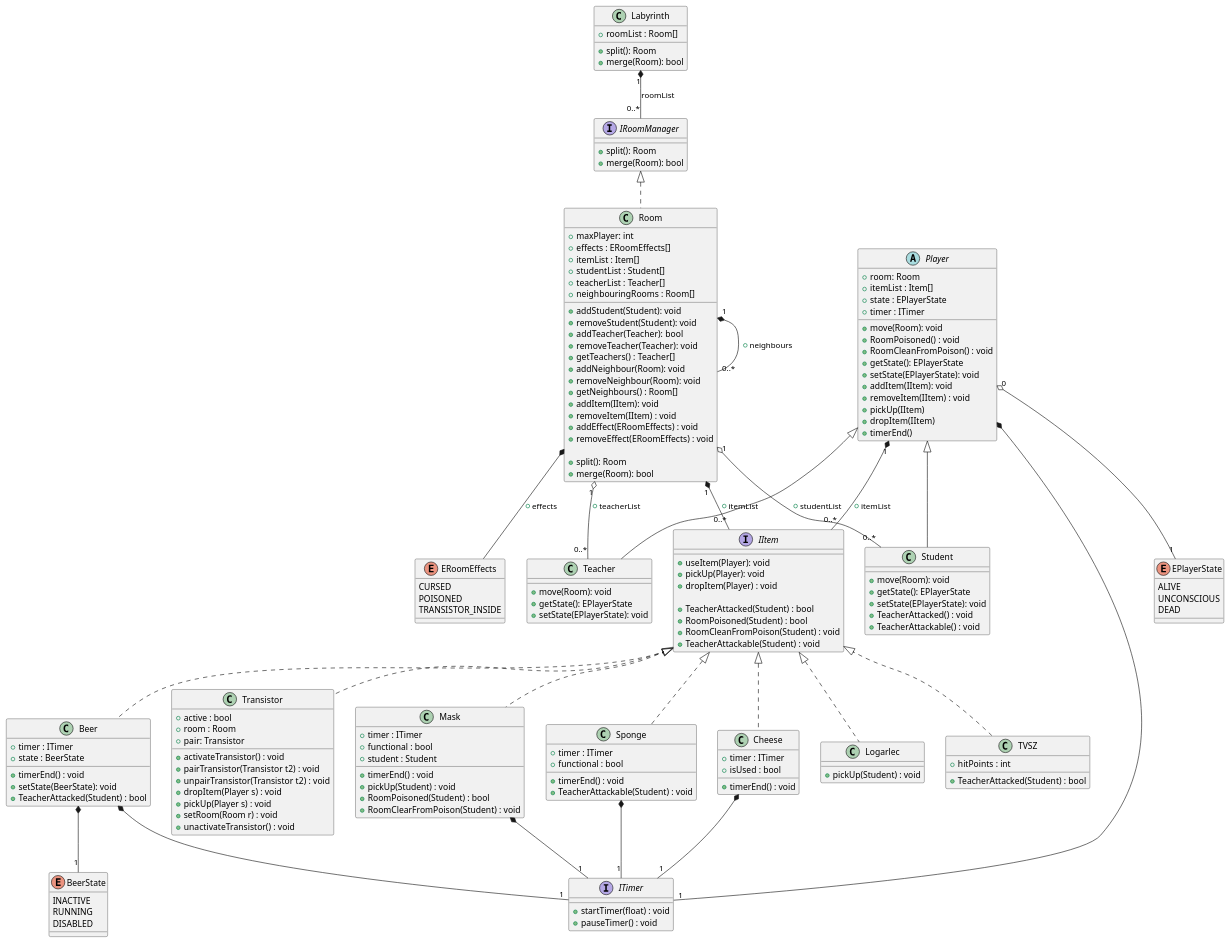
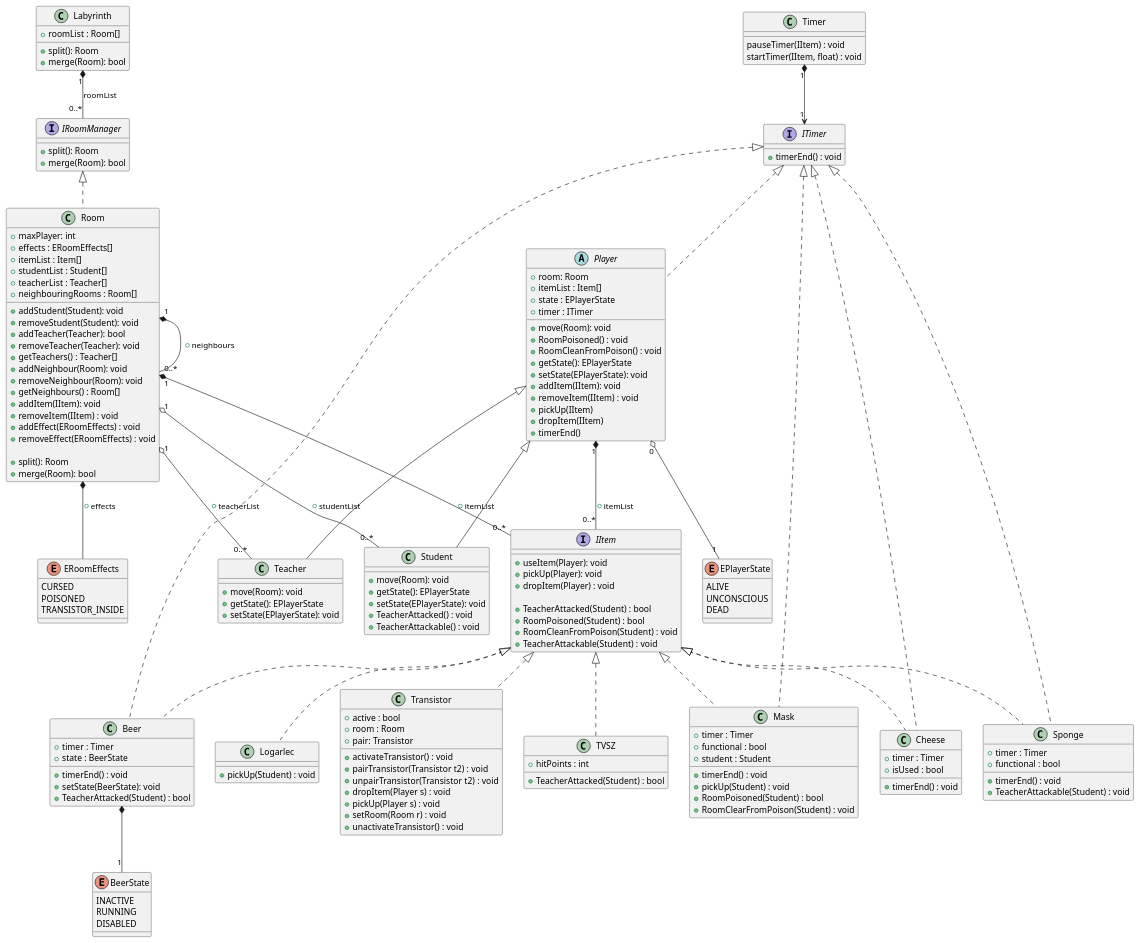
One commit to MBakter/echo changed the diagram in docs/Class_UML.plantuml. Above: the diagram before and after it, drawn with PlantUML. The commit also changed 1 other file, not shown here.

```diff
--- a/docs/Class_UML.plantuml
+++ b/docs/Class_UML.plantuml
@@ -1,194 +1,193 @@
 @startuml UML
 
 class Labyrinth {
     +roomList : Room[]
 
     + split(): Room
     + merge(Room): bool
 }
 
 Labyrinth "1" *-- "0..*" IRoomManager: roomList
 
 interface IRoomManager {
     + split(): Room
     + merge(Room): bool
 }
 
 /' Removed implementing IItemHolder '/
 class Room implements IRoomManager {
     + maxPlayer: int
     + effects : ERoomEffects[]
     + itemList : Item[]
     + studentList : Student[]
     + teacherList : Teacher[]
     + neighbouringRooms : Room[]
 
     + addStudent(Student): void
     + removeStudent(Student): void
     + addTeacher(Teacher): bool
     + removeTeacher(Teacher): void
     + getTeachers() : Teacher[]
     + addNeighbour(Room): void
     + removeNeighbour(Room): void
     + getNeighbours() : Room[]
     + addItem(IItem): void
     + removeItem(IItem) : void
     + addEffect(ERoomEffects) : void
     + removeEffect(ERoomEffects) : void
 
     + split(): Room
     + merge(Room): bool
 }
 
 Room "1" o-- "0..*" Student: + studentList
 Room "1" o-- "0..*" Teacher: + teacherList
 Room "1" *-- "0..*" Room: + neighbours
 Room "1" *-- "0..*" IItem: + itemList
 Room *-- ERoomEffects: + effects
 
 
 enum EPlayerState {
     ALIVE
     UNCONSCIOUS
     DEAD
 }
 
 /' Removed implementing IItemHolder '/
-abstract class Player {
+abstract class Player implements ITimer{
     + room: Room
     + itemList : Item[]
     + state : EPlayerState
     + timer : ITimer
 
     + move(Room): void
     + RoomPoisoned() : void
     + RoomCleanFromPoison() : void
     + getState(): EPlayerState
     + setState(EPlayerState): void
     + addItem(IItem): void
     + removeItem(IItem) : void
     + pickUp(IItem)
     + dropItem(IItem)
     + timerEnd()
 }
 
 Player "0" o-- "1" EPlayerState
 Player "1" *-- "0..*" IItem: + itemList
-Player *-- "1" ITimer
 
 interface IItem {
     + useItem(Player): void
     + pickUp(Player): void
     + dropItem(Player) : void
 
     + TeacherAttacked(Student) : bool
     + RoomPoisoned(Student) : bool
     + RoomCleanFromPoison(Student) : void
     + TeacherAttackable(Student) : void
 }
 
 class Teacher extends Player{
     + move(Room): void
     + getState(): EPlayerState
     + setState(EPlayerState): void
 }
 
 class Student extends Player{
     + move(Room): void
     + getState(): EPlayerState
     + setState(EPlayerState): void
     + TeacherAttacked() : void
     + TeacherAttackable() : void
 }
 
 /' interface IItemHolder {
     + addItemy(Item: Item): void
     + removeItem(Item: Item): void
 } '/
 
 enum ERoomEffects {
     CURSED
     POISONED
     TRANSISTOR_INSIDE
 }
 
 interface ITimer {
-    + startTimer(float) : void
-    + pauseTimer() : void
+    + timerEnd() : void
 }
 
 class TVSZ implements IItem {
     + hitPoints : int
 
     + TeacherAttacked(Student) : bool
 }
 
 class Transistor implements IItem  {
     + active : bool
     + room : Room
     + pair: Transistor
 
     + activateTransistor() : void
     + pairTransistor(Transistor t2) : void
     + unpairTransistor(Transistor t2) : void
     + dropItem(Player s) : void
     + pickUp(Player s) : void
     + setRoom(Room r) : void
     + unactivateTransistor() : void
 }
 
 enum BeerState {
     INACTIVE
     RUNNING
     DISABLED
 }
 
-class Beer implements IItem {
-    + timer : ITimer
+class Beer implements IItem, ITimer {
+    + timer : Timer
     + state : BeerState
     
     + timerEnd() : void
     + setState(BeerState): void
     + TeacherAttacked(Student) : bool
     /'+ activateBeer() : void '/
 }
-Beer *-- "1" ITimer
 Beer *-- "1" BeerState
 
-class Mask implements IItem  {
-    + timer : ITimer
+class Mask implements IItem, ITimer  {
+    + timer : Timer
     + functional : bool
     + student : Student
 
     + timerEnd() : void
     + pickUp(Student) : void
     + RoomPoisoned(Student) : bool
     + RoomClearFromPoison(Student) : void
 
 }
-Mask *-- "1" ITimer
 
-class Sponge  implements IItem {
-    + timer : ITimer
+class Sponge  implements IItem, ITimer {
+    + timer : Timer
     + functional : bool
 
     + timerEnd() : void
     + TeacherAttackable(Student) : void
 }
-Sponge *-- "1" ITimer
 
-class Cheese  implements IItem {
-    + timer : ITimer
+class Cheese  implements IItem, ITimer {
+    + timer : Timer
     + isUsed : bool
 
     + timerEnd() : void
 }
-Cheese *-- "1" ITimer
 
 class Logarlec  implements IItem  {
     + pickUp(Student) : void
 }
 
+class Timer {
+    pauseTimer(IItem) : void
+    startTimer(IItem, float) : void
+}
+Timer "1"*--> "1" ITimer
 
 
 @enduml
```
